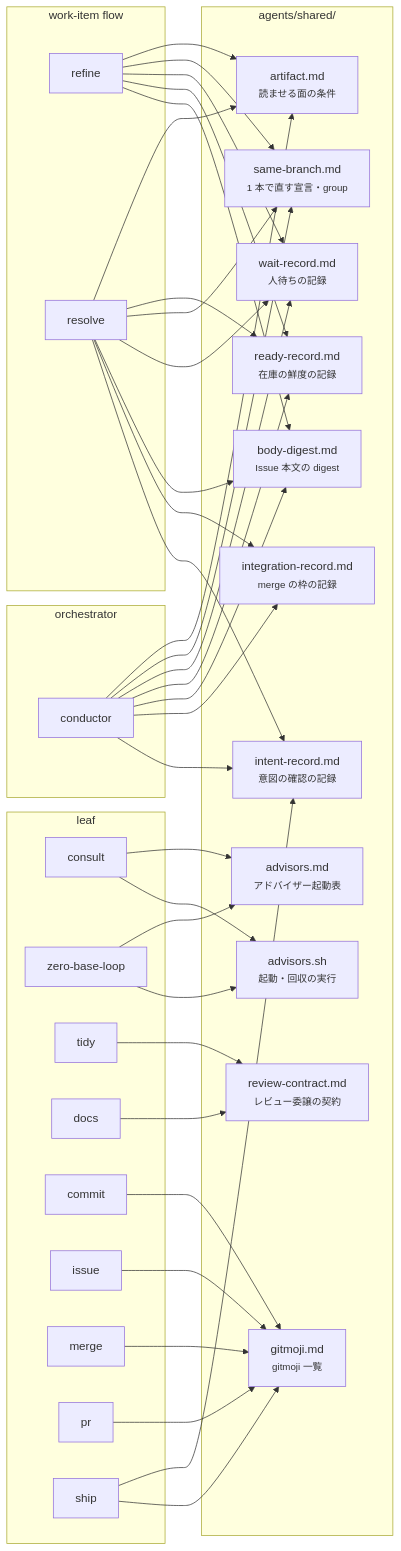
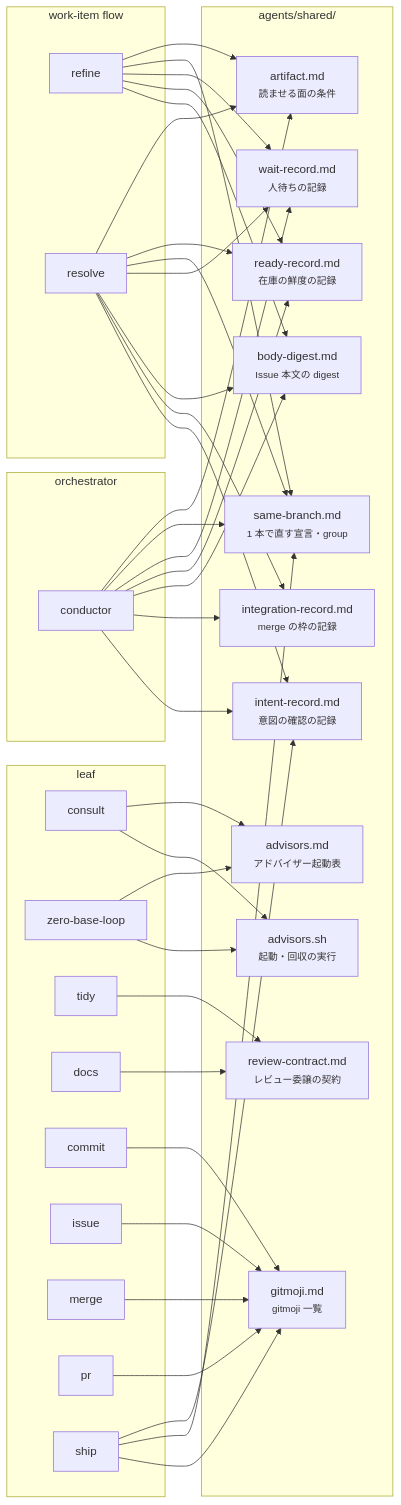
One commit to usagizmo/agentfiles changed the third of 3 diagrams in agents/docs/structure.md. Above: the diagram before and after it, drawn with Mermaid. The commit also changed other lines of this file and 14 other files, not shown here.

````diff
--- a/agents/docs/structure.md
+++ b/agents/docs/structure.md
@@ -79,66 +79,67 @@
 ```mermaid
 flowchart LR
     subgraph orch["orchestrator"]
         CO[conductor]
     end
     subgraph flow["work-item flow"]
         RF[refine]
         RS[resolve]
     end
     subgraph leaf["leaf"]
         CS[consult]
         ZB[zero-base-loop]
         TD[tidy]
         DC[docs]
         CM[commit]
         IS[issue]
         ME[merge]
         PR[pr]
         SH[ship]
     end
     subgraph shared["agents/shared/"]
         SB["same-branch.md<br/><small>1 本で直す宣言・group</small>"]
         WR["wait-record.md<br/><small>人待ちの記録</small>"]
         RR["ready-record.md<br/><small>在庫の鮮度の記録</small>"]
         BD["body-digest.md<br/><small>Issue 本文の digest</small>"]
         RC["review-contract.md<br/><small>レビュー委譲の契約</small>"]
         AF["artifact.md<br/><small>読ませる面の条件</small>"]
         IR["integration-record.md<br/><small>merge の枠の記録</small>"]
         IT["intent-record.md<br/><small>意図の確認の記録</small>"]
         AD["advisors.md<br/><small>アドバイザー起動表</small>"]
         AS["advisors.sh<br/><small>起動・回収の実行</small>"]
         GM["gitmoji.md<br/><small>gitmoji 一覧</small>"]
     end
 
     RF --> AF
     RS --> AF
     CO --> AF
     CO --> SB
     CO --> WR
     CO --> RR
     CO --> BD
     RF --> SB
     RF --> WR
     RF --> RR
     RS --> RR
     ME --> GM
     RF --> BD
     RS --> SB
     RS --> WR
     RS --> BD
     CO --> IR
     RS --> IR
     CO --> IT
     RS --> IT
     SH --> IT
+    SH --> SB
     CS --> AD
     CS --> AS
     ZB --> AD
     ZB --> AS
     TD --> RC
     DC --> RC
     CM --> GM
     IS --> GM
     PR --> GM
     SH --> GM
 ```
````
